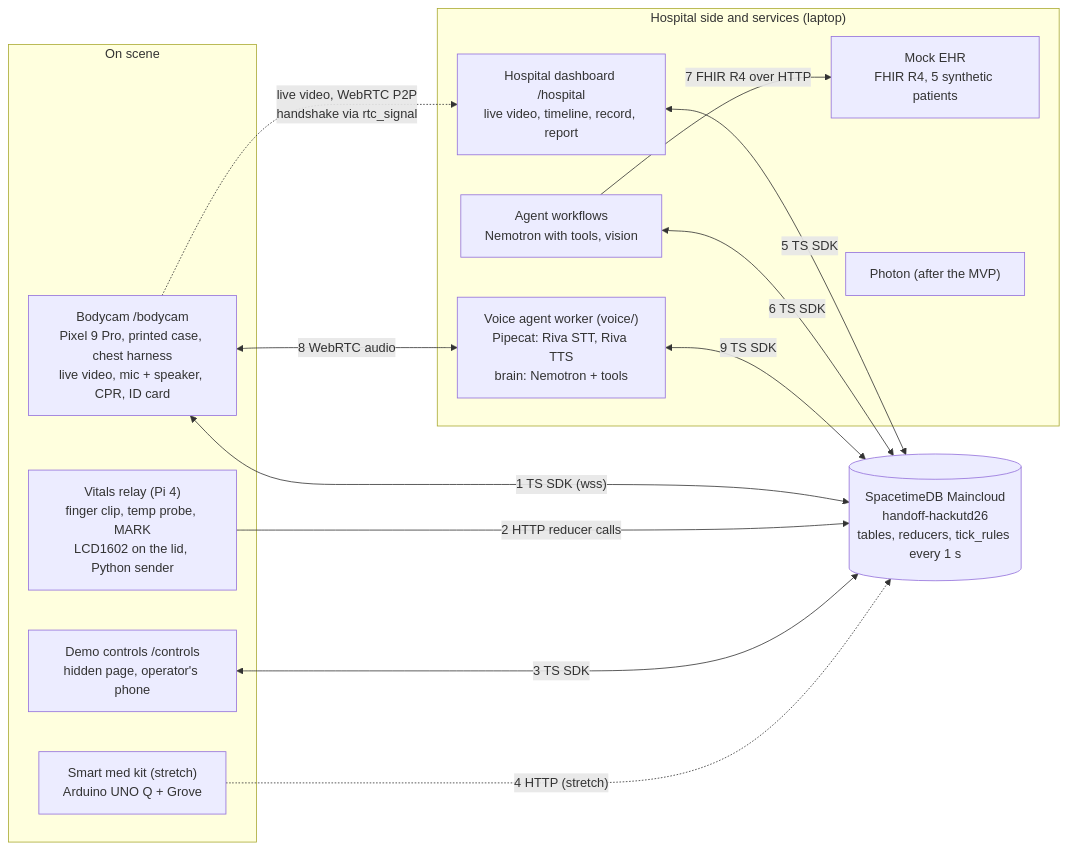
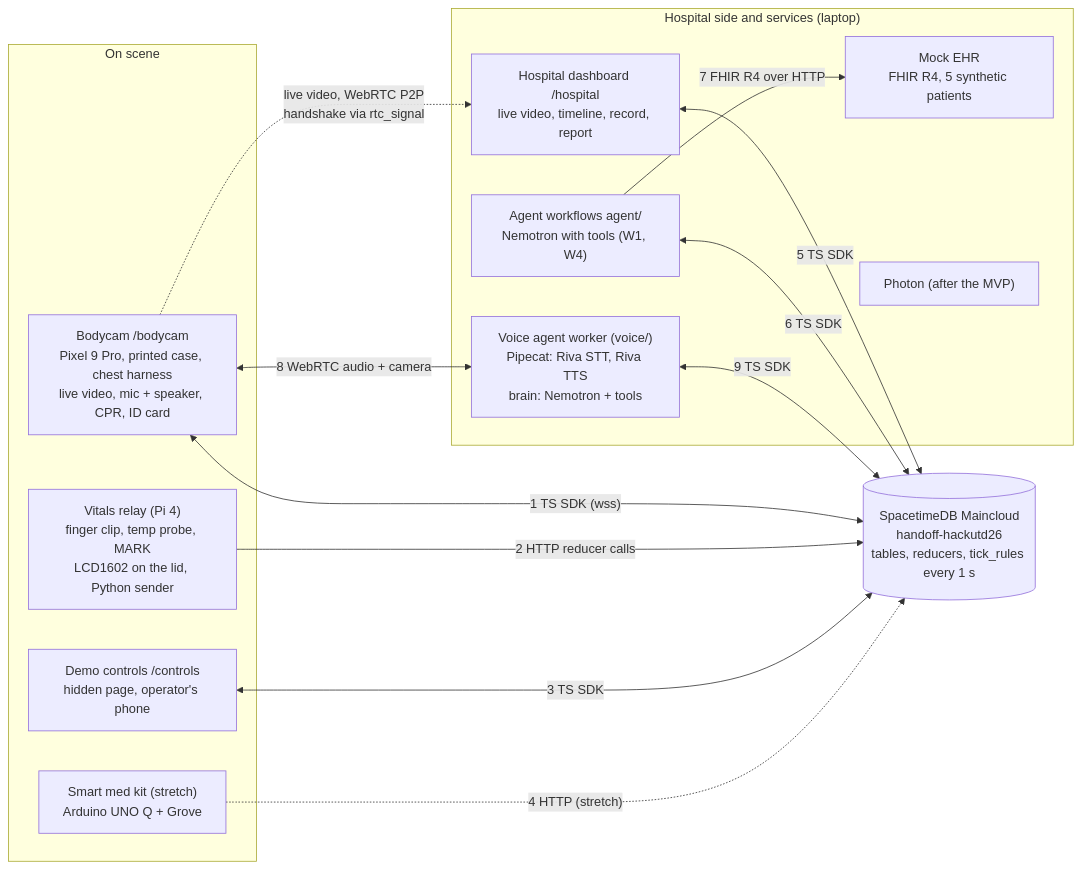
Before and after one commit to rishi-golla/hackutd26: the first of 11 diagrams in docs/context/SPEC.md, drawn with Mermaid. The commit also changed other lines of this file and 6 other files, not shown here.

````diff
--- a/docs/context/SPEC.md
+++ b/docs/context/SPEC.md
@@ -455,27 +456,27 @@
 ```mermaid
 flowchart LR
   subgraph scene["On scene"]
     BC["Bodycam /bodycam<br/>Pixel 9 Pro, printed case, chest harness<br/>live video, mic + speaker, CPR, ID card"]
     RL["Vitals relay (Pi 4)<br/>finger clip, temp probe, MARK<br/>LCD1602 on the lid, Python sender"]
     CT["Demo controls /controls<br/>hidden page, operator's phone"]
     KIT["Smart med kit (stretch)<br/>Arduino UNO Q + Grove"]
   end
   DB[("SpacetimeDB Maincloud<br/>handoff-hackutd26<br/>tables, reducers, tick_rules every 1 s")]
   subgraph side["Hospital side and services (laptop)"]
     HOS["Hospital dashboard /hospital<br/>live video, timeline, record, report"]
     VA["Voice agent worker (voice/)<br/>Pipecat: Riva STT, Riva TTS<br/>brain: Nemotron + tools"]
-    AG["Agent workflows<br/>Nemotron with tools, vision"]
+    AG["Agent workflows agent/<br/>Nemotron with tools (W1, W4)"]
     EHR["Mock EHR<br/>FHIR R4, 5 synthetic patients"]
     PH["Photon (after the MVP)"]
   end
   BC <-->|"1 TS SDK (wss)"| DB
   RL -->|"2 HTTP reducer calls"| DB
   CT <-->|"3 TS SDK"| DB
   KIT -.->|"4 HTTP (stretch)"| DB
   HOS <-->|"5 TS SDK"| DB
   AG <-->|"6 TS SDK"| DB
   AG -->|"7 FHIR R4 over HTTP"| EHR
-  BC <-->|"8 WebRTC audio"| VA
+  BC <-->|"8 WebRTC audio + camera"| VA
   VA <-->|"9 TS SDK"| DB
   BC -.->|"live video, WebRTC P2P<br/>handshake via rtc_signal"| HOS
 ```
````
